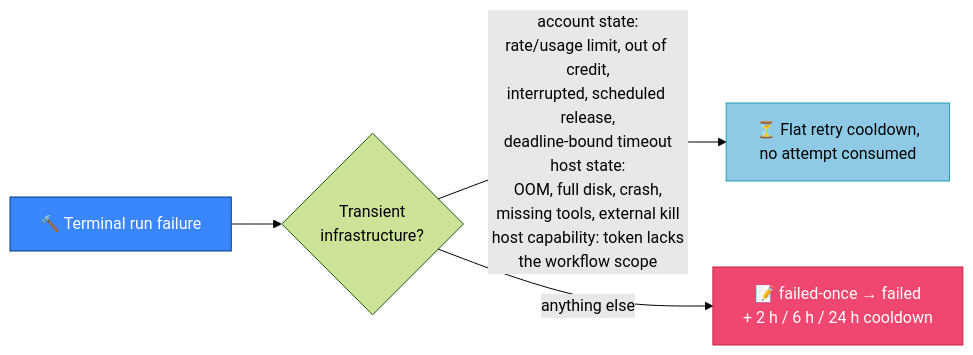
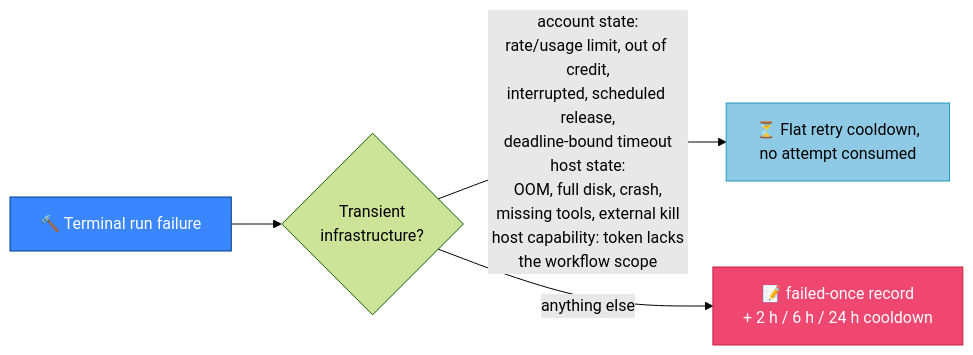
The second of 4 diagrams in docs/USAGE.md (stSoftwareAU/VibeCoder), drawn with Mermaid (forest theme) before and after one commit. The commit also changed other lines of this file and 60 other files, not shown here.

````diff
--- a/docs/USAGE.md
+++ b/docs/USAGE.md
@@ -363,10 +356,10 @@
 ```mermaid
 flowchart LR
     F["🔨 Terminal run failure"] --> C{"Transient<br/>infrastructure?"}
     C -->|"account state:<br/>rate/usage limit, out of credit,<br/>interrupted, scheduled release,<br/>deadline-bound timeout<br/>host state:<br/>OOM, full disk, crash,<br/>missing tools, external kill<br/>host capability: token lacks<br/>the workflow scope"| T["⏳ Flat retry cooldown,<br/>no attempt consumed"]
-    C -->|"anything else"| L["📝 failed-once → failed<br/>+ 2 h / 6 h / 24 h cooldown"]
+    C -->|"anything else"| L["📝 failed-once record<br/>+ 2 h / 6 h / 24 h cooldown"]
 
     style F fill:#3a86ff,stroke:#023e8a,color:#fff
     style T fill:#8ecae6,stroke:#219ebc,color:#000
     style L fill:#ef476f,stroke:#c5233c,color:#fff
 ```
````
